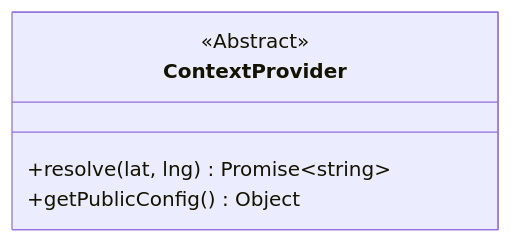
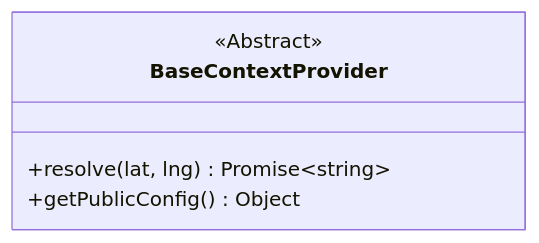
Before and after one commit to DrMarcoGilardi/BRANI-360: diagram 24 of 36 in docs/SERVER_DOCS.md, drawn with Mermaid. The commit also changed other lines of this file and 2 other files, not shown here.

````diff
--- a/docs/SERVER_DOCS.md
+++ b/docs/SERVER_DOCS.md
@@ -764,8 +764,8 @@
 ```mermaid
 classDiagram
-class ContextProvider{
+class BaseContextProvider{
 <<Abstract>>
 +resolve(lat, lng) Promise~string~
 +getPublicConfig() Object
 }
 ```
````
